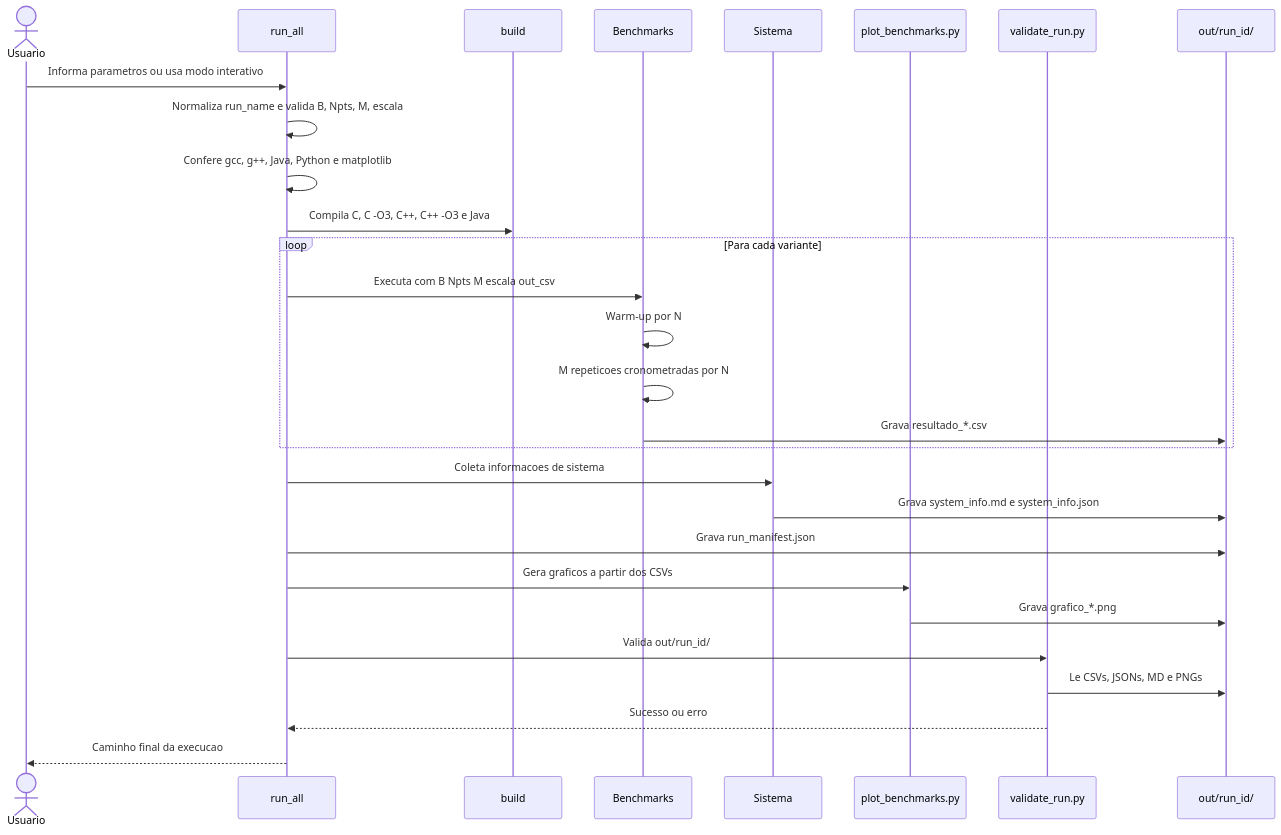
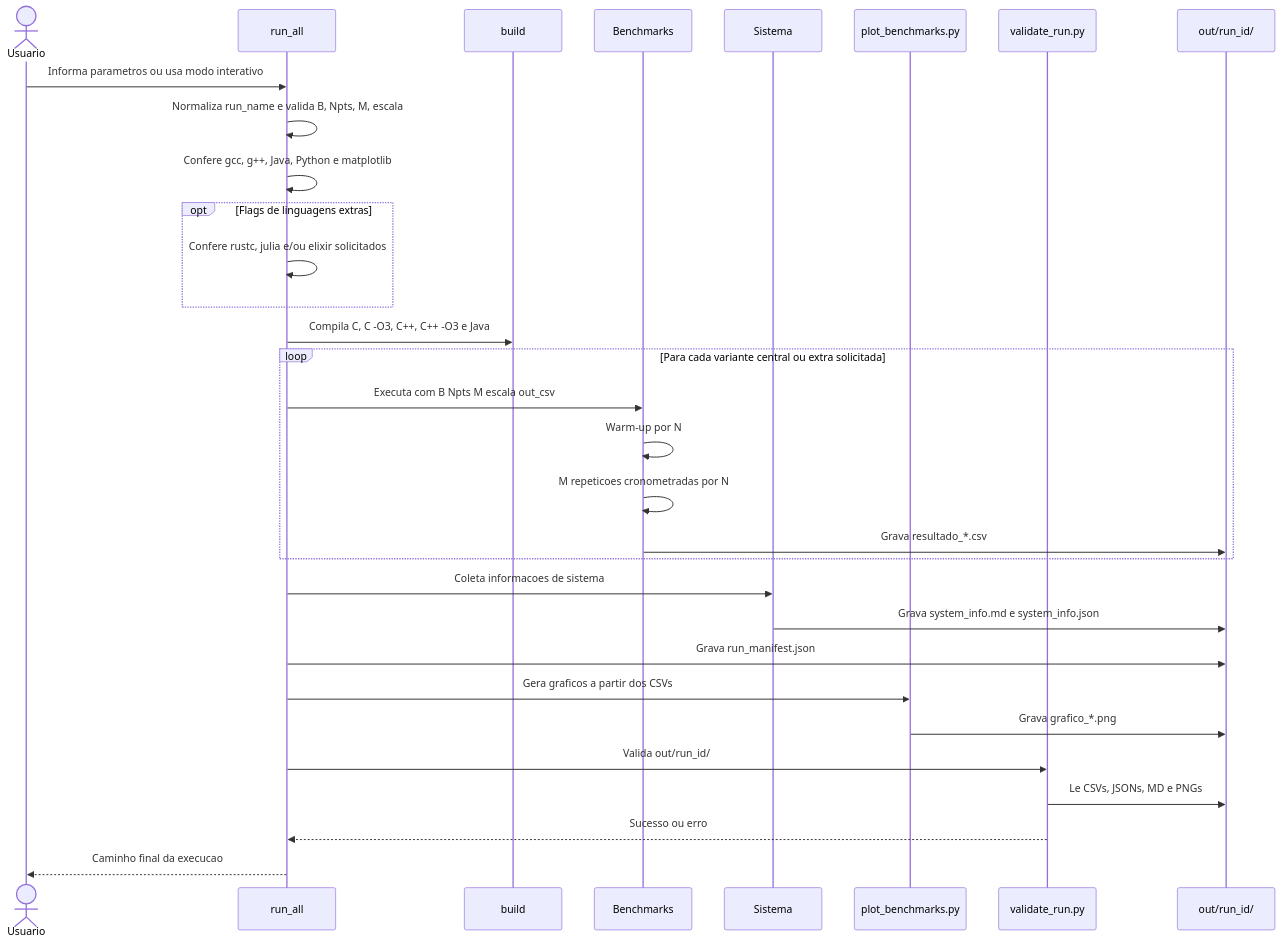
Before and after one commit to Lucas-Sperotto/matrix-multiplication-benchmark: the second of 16 diagrams in DIAGRAMS.md, drawn with Mermaid. The commit also changed other lines of this file and 5 other files, not shown here.

First line of the commit message:
docs(integration): documenta fluxo opcional das linguagens extras

````diff
--- a/DIAGRAMS.md
+++ b/DIAGRAMS.md
@@ -64,33 +67,36 @@
 ```mermaid
 sequenceDiagram
     actor U as Usuario
     participant R as run_all
     participant B as build
     participant C as Benchmarks
     participant S as Sistema
     participant P as plot_benchmarks.py
     participant V as validate_run.py
     participant O as out/run_id/
 
     U->>R: Informa parametros ou usa modo interativo
     R->>R: Normaliza run_name e valida B, Npts, M, escala
     R->>R: Confere gcc, g++, Java, Python e matplotlib
+    opt Flags de linguagens extras
+        R->>R: Confere rustc, julia e/ou elixir solicitados
+    end
     R->>B: Compila C, C -O3, C++, C++ -O3 e Java
 
-    loop Para cada variante
+    loop Para cada variante central ou extra solicitada
         R->>C: Executa com B Npts M escala out_csv
         C->>C: Warm-up por N
         C->>C: M repeticoes cronometradas por N
         C->>O: Grava resultado_*.csv
     end
 
     R->>S: Coleta informacoes de sistema
     S->>O: Grava system_info.md e system_info.json
     R->>O: Grava run_manifest.json
     R->>P: Gera graficos a partir dos CSVs
     P->>O: Grava grafico_*.png
     R->>V: Valida out/run_id/
     V->>O: Le CSVs, JSONs, MD e PNGs
     V-->>R: Sucesso ou erro
     R-->>U: Caminho final da execucao
 ```
````
